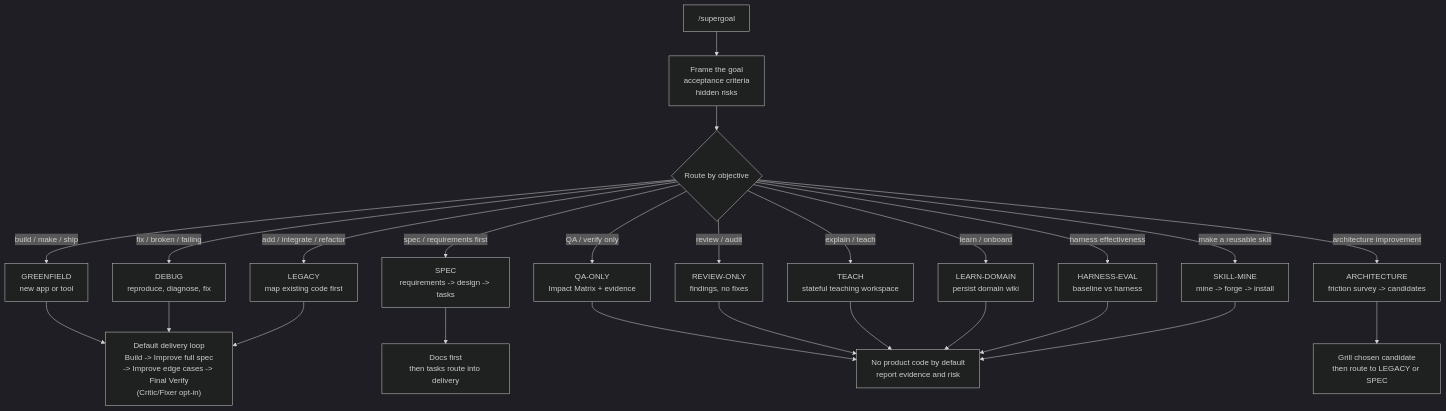
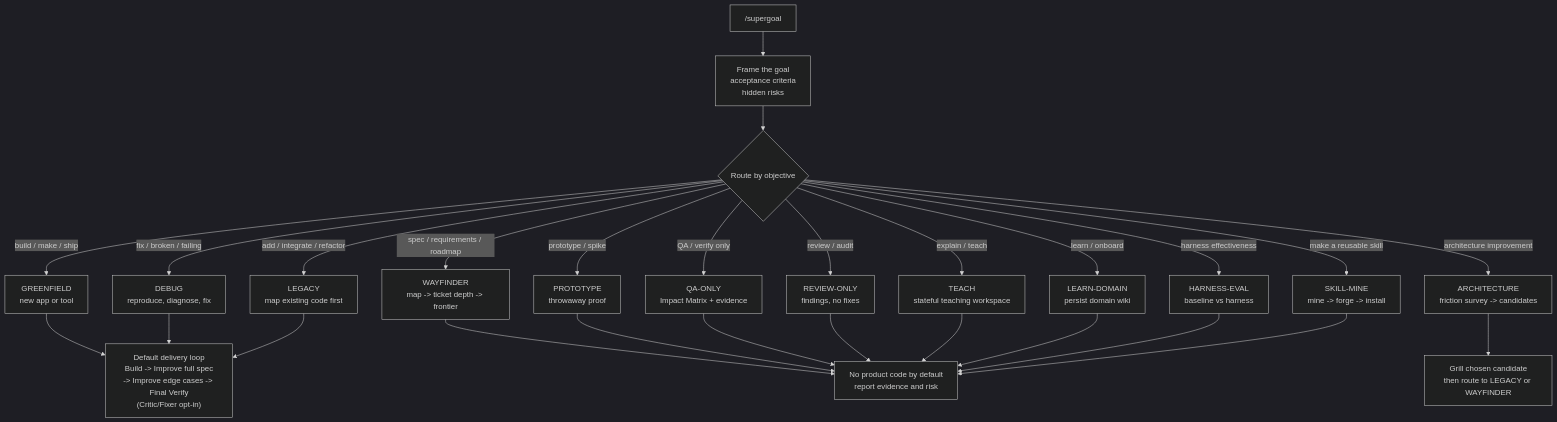
Before and after one commit to cskwork/supergoal-skill: the diagram in README.md, drawn with Mermaid (dark theme). The commit also changed other lines of this file and 21 other files, not shown here.

Commit message:
feat: add wayfinder prototype and research routes

````diff
--- a/README.md
+++ b/README.md
@@ -68,31 +68,33 @@
 ```mermaid
 flowchart TD
     A["/supergoal <one heavy objective>"] --> B["Frame the goal<br/>acceptance criteria<br/>hidden risks"]
     B --> C{"Route by objective"}
 
     C -->|"build / make / ship"| GREENFIELD["GREENFIELD<br/>new app or tool"]
     C -->|"fix / broken / failing"| DEBUG["DEBUG<br/>reproduce, diagnose, fix"]
     C -->|"add / integrate / refactor"| LEGACY["LEGACY<br/>map existing code first"]
-    C -->|"spec / requirements first"| SPEC["SPEC<br/>requirements -> design -> tasks"]
+    C -->|"spec / requirements / roadmap"| WAYFINDER["WAYFINDER<br/>map -> ticket depth -> frontier"]
+    C -->|"prototype / spike"| PROTOTYPE["PROTOTYPE<br/>throwaway proof"]
     C -->|"QA / verify only"| QAONLY["QA-ONLY<br/>Impact Matrix + evidence"]
     C -->|"review / audit"| REVIEW["REVIEW-ONLY<br/>findings, no fixes"]
     C -->|"architecture improvement"| ARCHITECTURE["ARCHITECTURE<br/>friction survey -> candidates"]
     C -->|"explain / teach"| TEACH["TEACH<br/>stateful teaching workspace"]
     C -->|"learn / onboard"| LEARN["LEARN-DOMAIN<br/>persist domain wiki"]
     C -->|"harness effectiveness"| HARNESS["HARNESS-EVAL<br/>baseline vs harness"]
     C -->|"make a reusable skill"| SKILLMINE["SKILL-MINE<br/>mine -> forge -> install"]
 
     GREENFIELD --> LOOP["Default delivery loop<br/>Build -> Improve full spec<br/>-> Improve edge cases -> Final Verify<br/>(Critic/Fixer opt-in)"]
     DEBUG --> LOOP
     LEGACY --> LOOP
 
-    SPEC --> DOCS["Docs first<br/>then tasks route into delivery"]
-    ARCHITECTURE --> PICK["Grill chosen candidate<br/>then route to LEGACY or SPEC"]
+    WAYFINDER --> REPORT
+    PROTOTYPE --> REPORT
+    ARCHITECTURE --> PICK["Grill chosen candidate<br/>then route to LEGACY or WAYFINDER"]
 
     QAONLY --> REPORT["No product code by default<br/>report evidence and risk"]
     REVIEW --> REPORT
     TEACH --> REPORT
     LEARN --> REPORT
     HARNESS --> REPORT
     SKILLMINE --> REPORT
 ```
````
